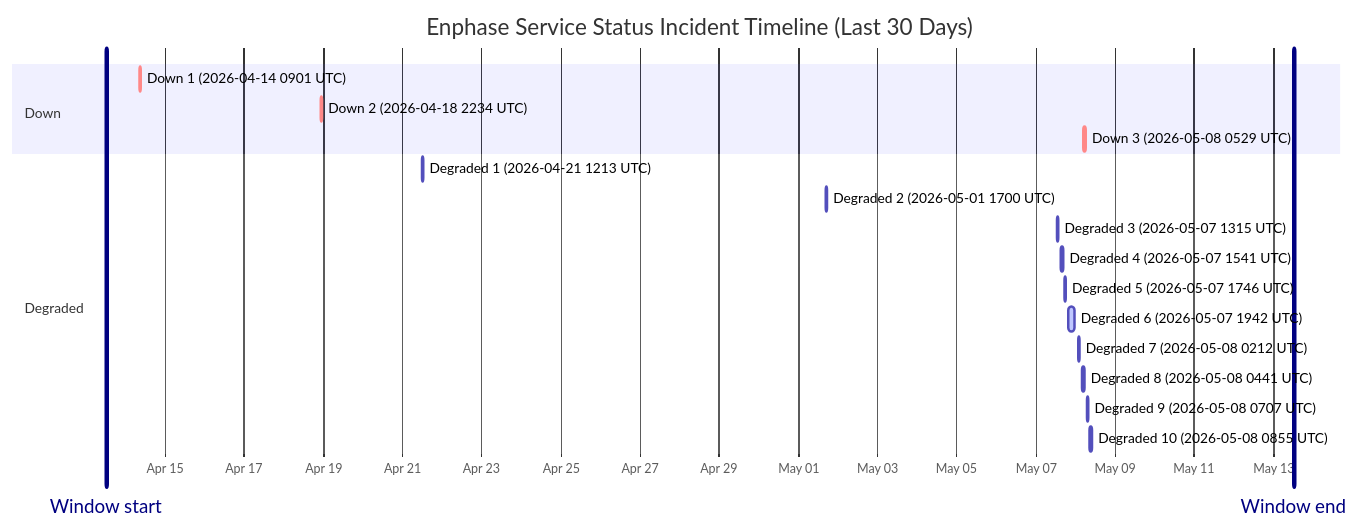
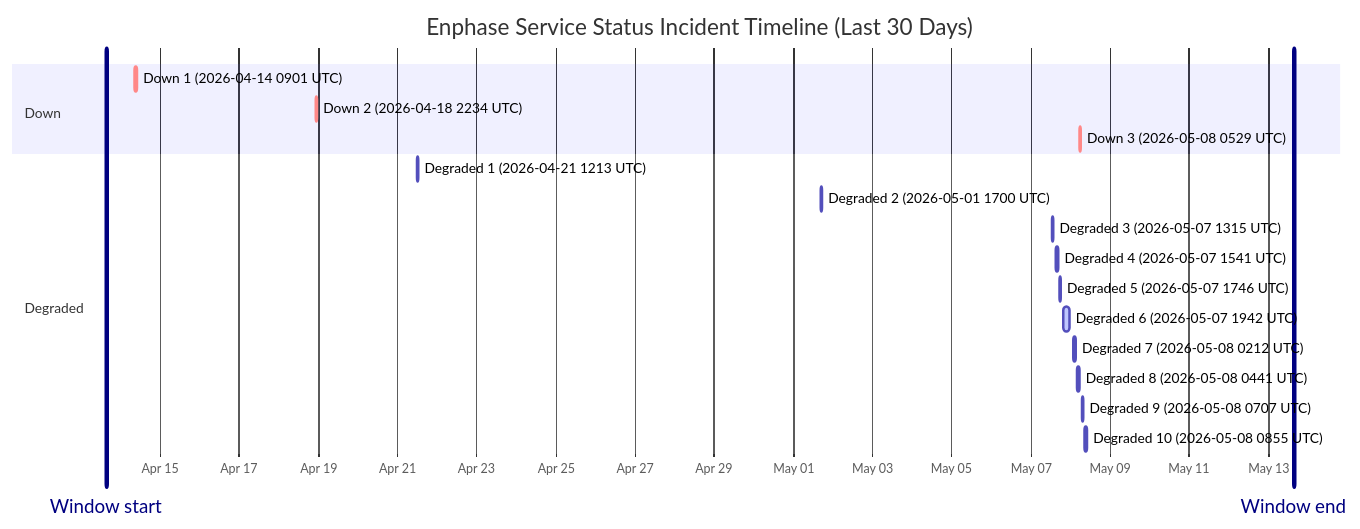
One commit to barneyonline/ha-enphase-ev-charger changed the diagram in wiki/Service-Status-History.md. Above: the diagram before and after it, drawn with Mermaid. The commit also changed other lines of this file and 3 other files, not shown here.

````diff
--- a/wiki/Service-Status-History.md
+++ b/wiki/Service-Status-History.md
@@ -14,23 +14,23 @@
 ```mermaid
 gantt
     title Enphase Service Status Incident Timeline (Last 30 Days)
     dateFormat  YYYY-MM-DDTHH:mm:ss
     axisFormat  %b %d
-    Window start :vert, window-start, 2026-04-13T12:28:04, 0ms
-    Window end :vert, window-end, 2026-05-13T12:28:04, 0ms
+    Window start :vert, window-start, 2026-04-13T15:26:06, 0ms
+    Window end :vert, window-end, 2026-05-13T15:26:06, 0ms
     section Down
     Down 1 (2026-04-14 0901 UTC) :crit, down-1, 2026-04-14T09:01:13, 60m
     Down 2 (2026-04-18 2234 UTC) :crit, down-2, 2026-04-18T22:34:13, 60m
     Down 3 (2026-05-08 0529 UTC) :crit, down-3, 2026-05-08T05:29:47, 60m
     section Degraded
     Degraded 1 (2026-04-21 1213 UTC) :active, degraded-1, 2026-04-21T12:13:11, 60m
     Degraded 2 (2026-05-01 1700 UTC) :active, degraded-2, 2026-05-01T17:00:22, 60m
     Degraded 3 (2026-05-07 1315 UTC) :active, degraded-3, 2026-05-07T13:15:25, 60m
     Degraded 4 (2026-05-07 1541 UTC) :active, degraded-4, 2026-05-07T15:41:58, 60m
     Degraded 5 (2026-05-07 1746 UTC) :active, degraded-5, 2026-05-07T17:46:51, 60m
     Degraded 6 (2026-05-07 1942 UTC) :active, degraded-6, 2026-05-07T19:42:10, 249m
     Degraded 7 (2026-05-08 0212 UTC) :active, degraded-7, 2026-05-08T02:12:39, 60m
     Degraded 8 (2026-05-08 0441 UTC) :active, degraded-8, 2026-05-08T04:41:46, 60m
     Degraded 9 (2026-05-08 0707 UTC) :active, degraded-9, 2026-05-08T07:07:30, 60m
     Degraded 10 (2026-05-08 0855 UTC) :active, degraded-10, 2026-05-08T08:55:20, 88m
 ```
````
